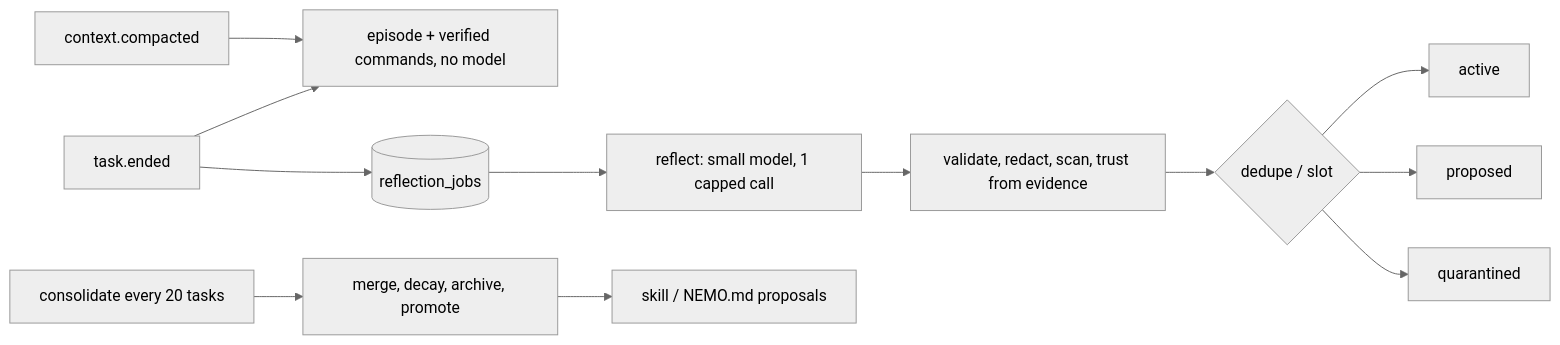
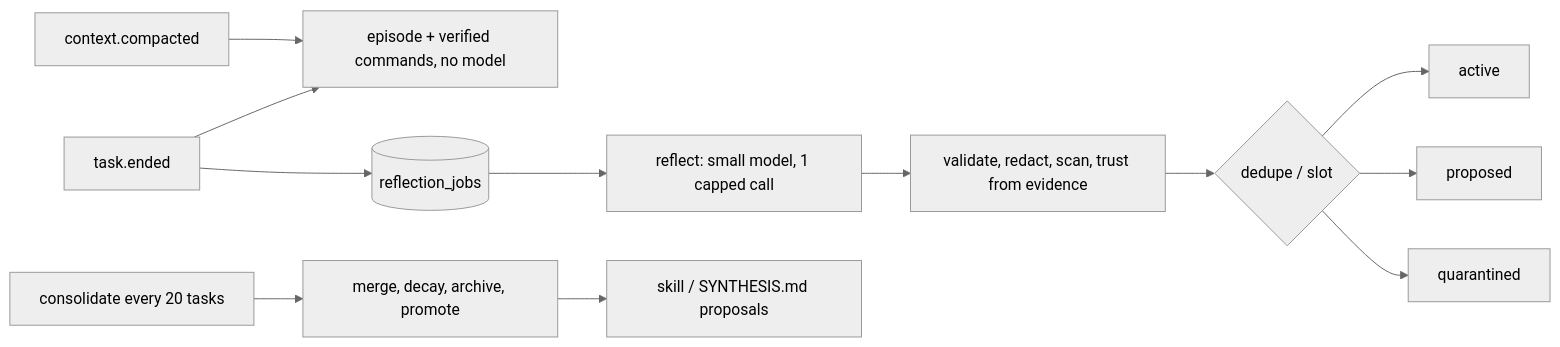
The diagram in docs/specs/memory.md (DevOnChain101/nemo-acd), drawn with Mermaid (neutral theme) before and after one commit. The commit also changed other lines of this file and 67 other files, not shown here.

````diff
--- a/docs/specs/memory.md
+++ b/docs/specs/memory.md
@@ -133,11 +133,11 @@
 ```mermaid
 flowchart LR
   T[task.ended] --> E[episode + verified commands, no model]
   T --> J[(reflection_jobs)]
   C[context.compacted] --> E
   J --> R[reflect: small model, 1 capped call]
   R --> V[validate, redact, scan, trust from evidence]
   V --> D{dedupe / slot}
   D --> A[active] & P[proposed] & Q[quarantined]
-  K[consolidate every 20 tasks] --> M[merge, decay, archive, promote] --> S[skill / NEMO.md proposals]
+  K[consolidate every 20 tasks] --> M[merge, decay, archive, promote] --> S[skill / SYNTHESIS.md proposals]
 ```
````
